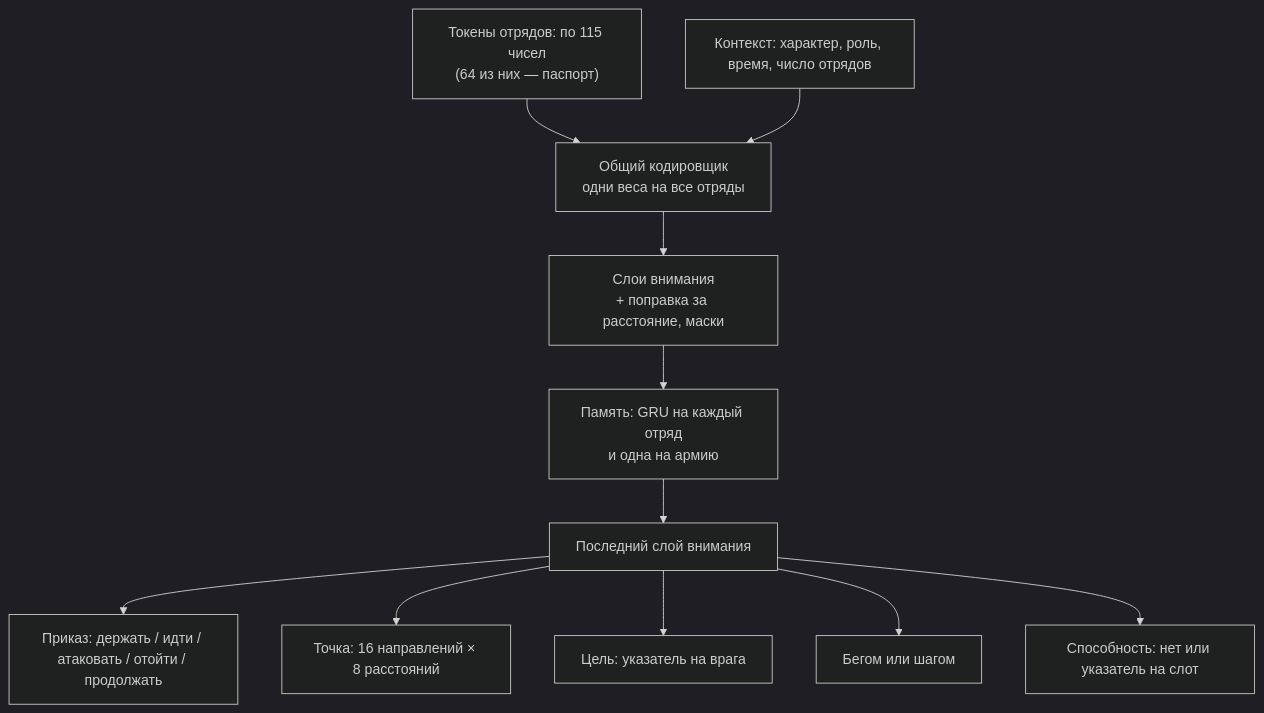
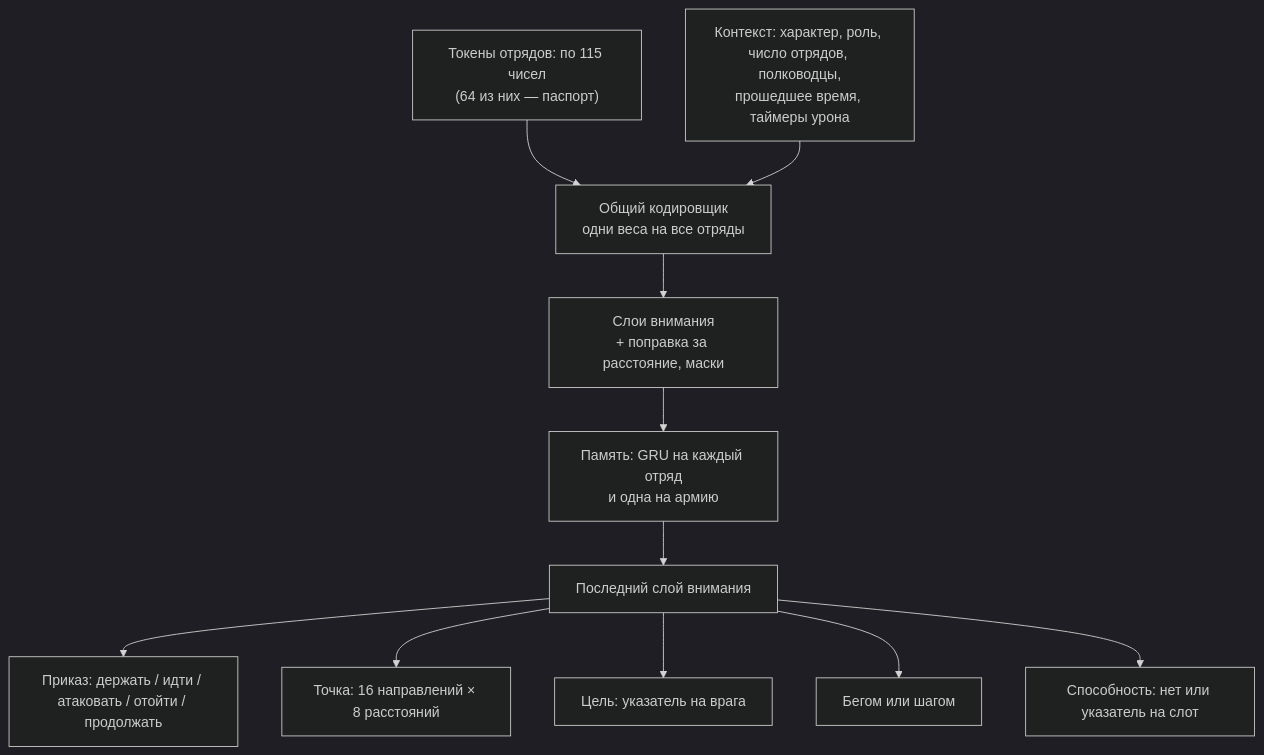
Before and after one commit to DimaZero7/TWW3-batle-ai: the second of 2 diagrams in docs/ru/training/model.md, drawn with Mermaid (dark theme). The commit also changed other lines of this file and 13 other files, not shown here.

````diff
--- a/docs/ru/training/model.md
+++ b/docs/ru/training/model.md
@@ -110,13 +142,13 @@
 ```mermaid
 flowchart TB
   tok["Токены отрядов: по 115 чисел<br/>(64 из них — паспорт)"] --> enc["Общий кодировщик<br/>одни веса на все отряды"]
-  ctx["Контекст: характер, роль, время, число отрядов"] --> enc
+  ctx["Контекст: характер, роль, число отрядов, полководцы,<br/>прошедшее время, таймеры урона"] --> enc
   enc --> att["Слои внимания<br/>+ поправка за расстояние, маски"]
   att --> gru["Память: GRU на каждый отряд<br/>и одна на армию"]
   gru --> last["Последний слой внимания"]
   last --> kind["Приказ: держать / идти / атаковать / отойти / продолжать"]
   last --> point["Точка: 16 направлений × 8 расстояний"]
   last --> ptr["Цель: указатель на врага"]
   last --> run["Бегом или шагом"]
   last --> abil["Способность: нет или указатель на слот"]
 ```
````
